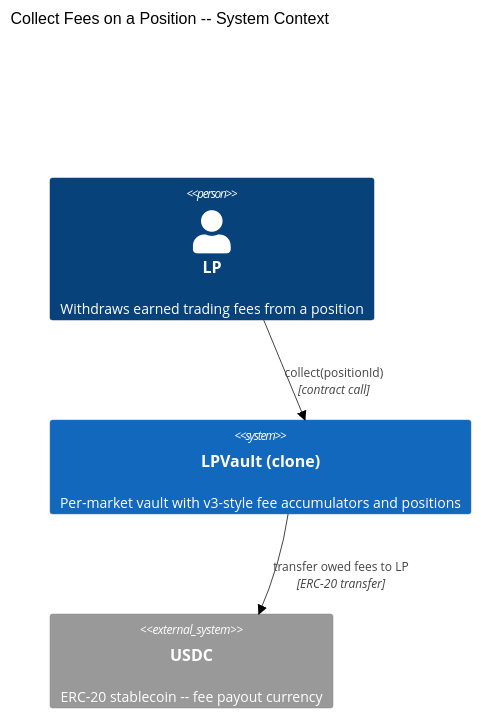
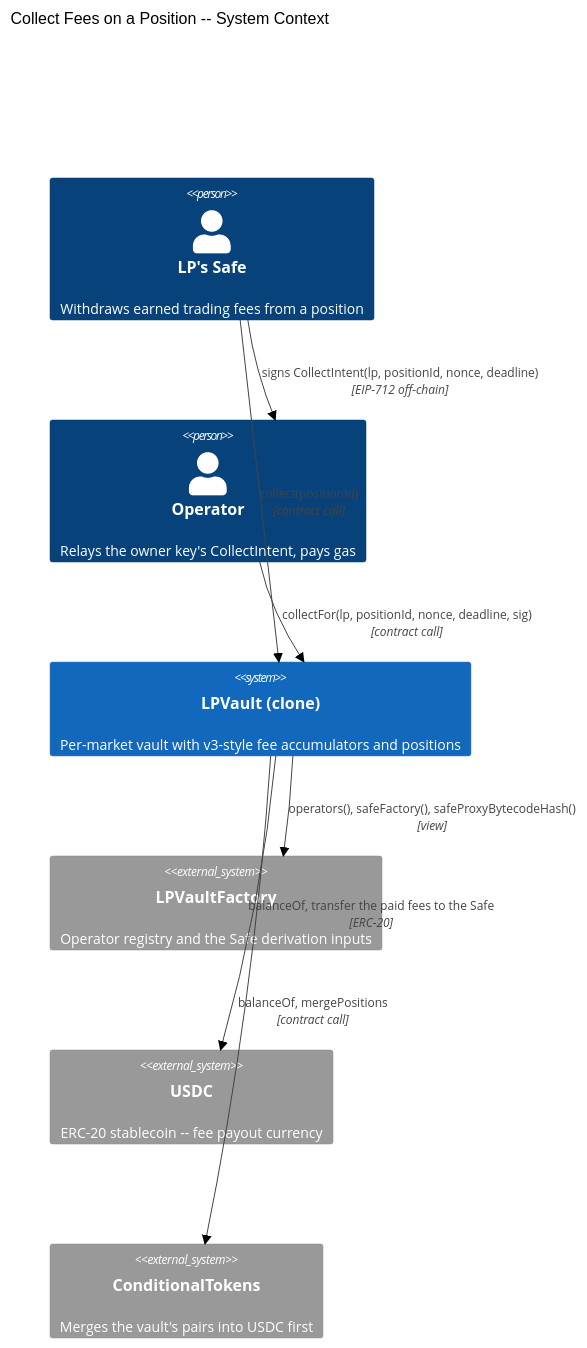
The first of 3 diagrams in specs/features/contracts/FEAT-U079-collect-fees-on-a-position/ARCHITECTURE.md (ProphetMarket/lp-vaults), drawn with Mermaid (neutral theme) before and after one commit. The commit also changed other lines of this file and 40 other files, not shown here.

First line of the commit message:
spec (vault): Specify the LP exit, the claim model, and the merge

````diff
--- a/specs/features/contracts/FEAT-U079-collect-fees-on-a-position/ARCHITECTURE.md
+++ b/specs/features/contracts/FEAT-U079-collect-fees-on-a-position/ARCHITECTURE.md
@@ -15,9 +15,16 @@
 ```mermaid
 C4Context
     title Collect Fees on a Position -- System Context
-    Person(lp, "LP", "Withdraws earned trading fees from a position")
+    Person(lp, "LP's Safe", "Withdraws earned trading fees from a position")
+    Person(operator, "Operator", "Relays the owner key's CollectIntent, pays gas")
     System(vault, "LPVault (clone)", "Per-market vault with v3-style fee accumulators and positions")
+    System_Ext(factory, "LPVaultFactory", "Operator registry and the Safe derivation inputs")
     System_Ext(usdc, "USDC", "ERC-20 stablecoin -- fee payout currency")
+    System_Ext(ctf, "ConditionalTokens", "Merges the vault's pairs into USDC first")
     Rel(lp, vault, "collect(positionId)", "contract call")
-    Rel(vault, usdc, "transfer owed fees to LP", "ERC-20 transfer")
+    Rel(lp, operator, "signs CollectIntent(lp, positionId, nonce, deadline)", "EIP-712 off-chain")
+    Rel(operator, vault, "collectFor(lp, positionId, nonce, deadline, sig)", "contract call")
+    Rel(vault, factory, "operators(), safeFactory(), safeProxyBytecodeHash()", "view")
+    Rel(vault, ctf, "balanceOf, mergePositions", "contract call")
+    Rel(vault, usdc, "balanceOf, transfer the paid fees to the Safe", "ERC-20")
 ```
````
